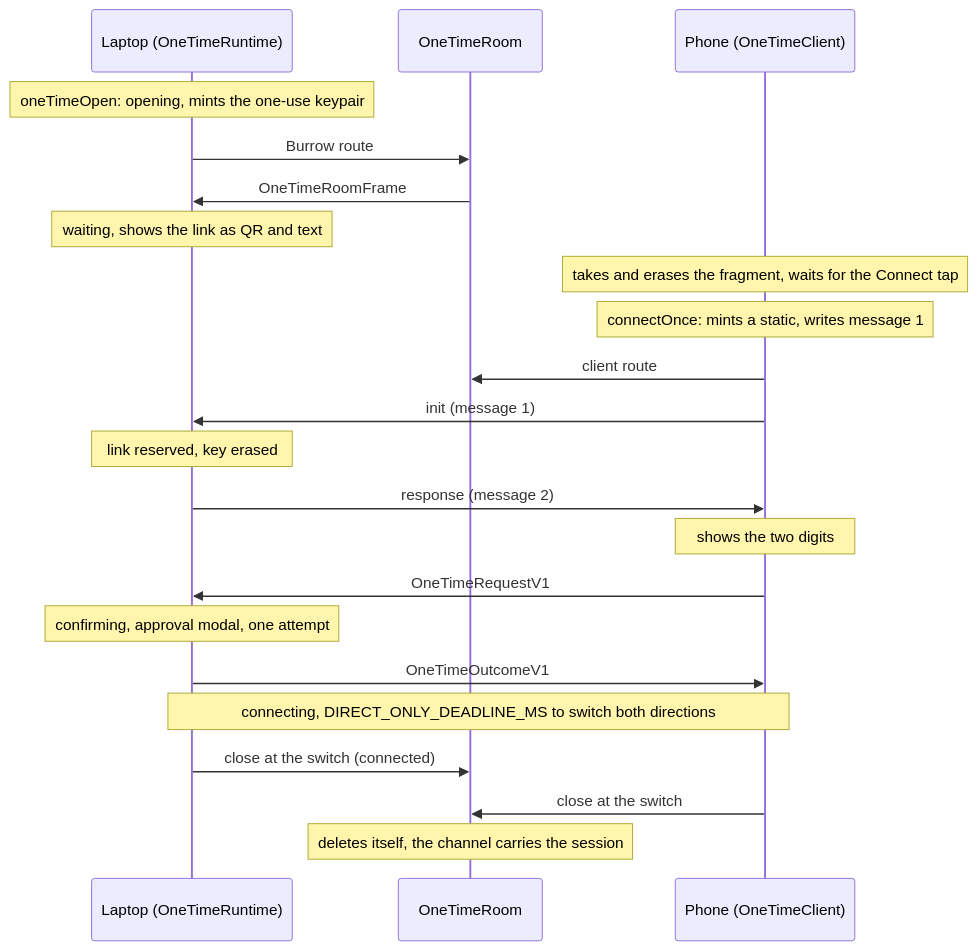
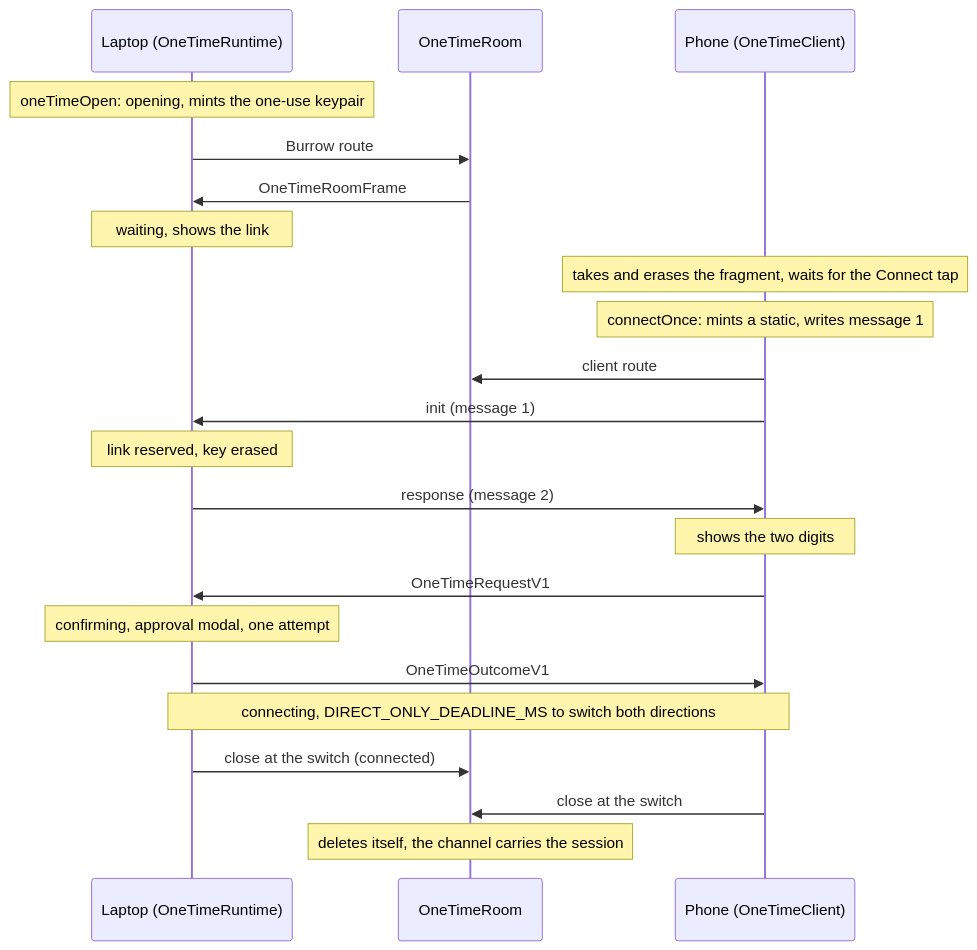
Before and after one commit to diffplug/dormouse: the diagram in docs/specs/one-time.md, drawn with Mermaid. The commit also changed other lines of this file, not shown here.

````diff
--- a/docs/specs/one-time.md
+++ b/docs/specs/one-time.md
@@ -10,24 +10,24 @@
 ```mermaid
 sequenceDiagram
   participant L as Laptop (OneTimeRuntime)
   participant H as OneTimeRoom
   participant P as Phone (OneTimeClient)
   Note over L: oneTimeOpen: opening, mints the one-use keypair
   L->>H: Burrow route
   H->>L: OneTimeRoomFrame
-  Note over L: waiting, shows the link as QR and text
+  Note over L: waiting, shows the link
   Note over P: takes and erases the fragment, waits for the Connect tap
   Note over P: connectOnce: mints a static, writes message 1
   P->>H: client route
   P->>L: init (message 1)
   Note over L: link reserved, key erased
   L->>P: response (message 2)
   Note over P: shows the two digits
   P->>L: OneTimeRequestV1
   Note over L: confirming, approval modal, one attempt
   L->>P: OneTimeOutcomeV1
   Note over L,P: connecting, DIRECT_ONLY_DEADLINE_MS to switch both directions
   L->>H: close at the switch (connected)
   P->>H: close at the switch
   Note over H: deletes itself, the channel carries the session
 ```
````
